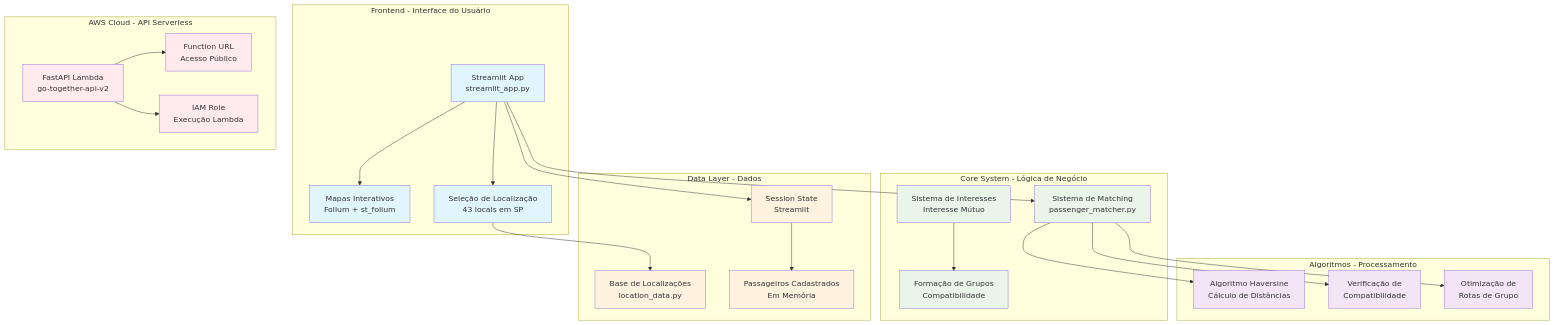
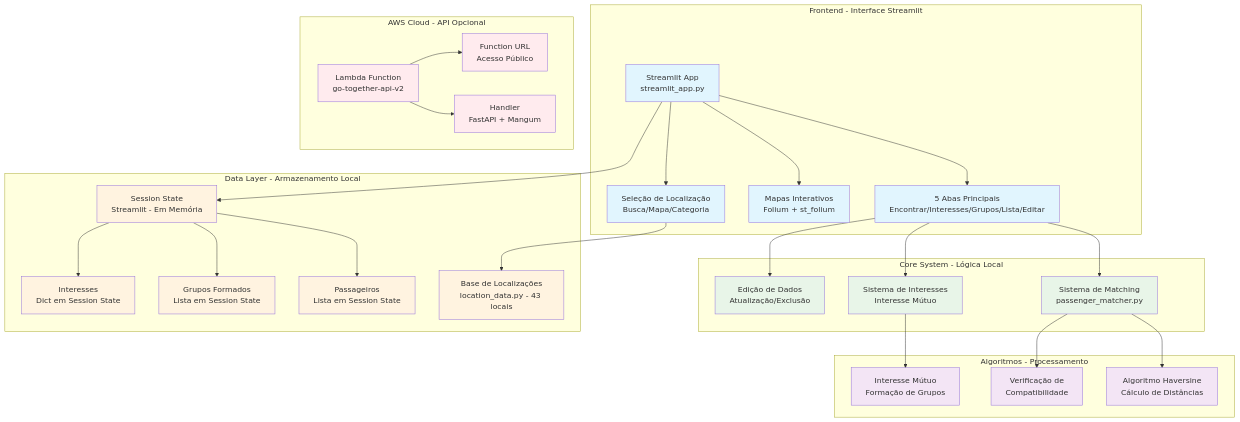
One commit to cauepda/go-together changed the diagram in README.md. Above: the diagram before and after it, drawn with Mermaid. The commit also changed other lines of this file, not shown here.

````diff
--- a/README.md
+++ b/README.md
@@ -37,57 +37,64 @@
 ```mermaid
 graph TB
-    subgraph "Frontend - Interface do Usuário"
+    subgraph "Frontend - Interface Streamlit"
         ST[Streamlit App<br/>streamlit_app.py]
+        TABS[5 Abas Principais<br/>Encontrar/Interesses/Grupos/Lista/Editar]
         MAP[Mapas Interativos<br/>Folium + st_folium]
-        LOC[Seleção de Localização<br/>43 locais em SP]
+        LOC[Seleção de Localização<br/>Busca/Mapa/Categoria]
     end
     
-    subgraph "Core System - Lógica de Negócio"
+    subgraph "Core System - Lógica Local"
         MATCH[Sistema de Matching<br/>passenger_matcher.py]
         INT[Sistema de Interesses<br/>Interesse Mútuo]
-        GRP[Formação de Grupos<br/>Compatibilidade]
+        EDIT[Edição de Dados<br/>Atualização/Exclusão]
     end
     
-    subgraph "Data Layer - Dados"
-        LOCDATA[Base de Localizações<br/>location_data.py]
-        STATE[Session State<br/>Streamlit]
-        PASS[Passageiros Cadastrados<br/>Em Memória]
+    subgraph "Data Layer - Armazenamento Local"
+        LOCDATA[Base de Localizações<br/>location_data.py - 43 locais]
+        STATE[Session State<br/>Streamlit - Em Memória]
+        PASS[Passageiros<br/>Lista em Session State]
+        GROUPS[Grupos Formados<br/>Lista em Session State]
+        INTERESTS[Interesses<br/>Dict em Session State]
     end
     
-    subgraph "AWS Cloud - API Serverless"
-        API[FastAPI Lambda<br/>go-together-api-v2]
+    subgraph "AWS Cloud - API Opcional"
+        LAMBDA[Lambda Function<br/>go-together-api-v2]
         URL[Function URL<br/>Acesso Público]
-        IAM[IAM Role<br/>Execução Lambda]
+        HANDLER[Handler<br/>FastAPI + Mangum]
     end
     
     subgraph "Algoritmos - Processamento"
         HAV[Algoritmo Haversine<br/>Cálculo de Distâncias]
         COMPAT[Verificação de<br/>Compatibilidade]
-        ROUTE[Otimização de<br/>Rotas de Grupo]
+        MUTUAL[Interesse Mútuo<br/>Formação de Grupos]
     end
     
-    ST --> MATCH
+    ST --> TABS
     ST --> MAP
     ST --> LOC
+    TABS --> MATCH
+    TABS --> INT
+    TABS --> EDIT
     MATCH --> HAV
     MATCH --> COMPAT
-    MATCH --> ROUTE
-    INT --> GRP
+    INT --> MUTUAL
     ST --> STATE
     STATE --> PASS
+    STATE --> GROUPS
+    STATE --> INTERESTS
     LOC --> LOCDATA
-    API --> URL
-    API --> IAM
+    LAMBDA --> URL
+    LAMBDA --> HANDLER
     
     classDef frontend fill:#e1f5fe
     classDef core fill:#e8f5e8
     classDef data fill:#fff3e0
     classDef aws fill:#ffebee
     classDef algo fill:#f3e5f5
     
-    class ST,MAP,LOC frontend
-    class MATCH,INT,GRP core
-    class LOCDATA,STATE,PASS data
-    class API,URL,IAM aws
-    class HAV,COMPAT,ROUTE algo
+    class ST,TABS,MAP,LOC frontend
+    class MATCH,INT,EDIT core
+    class LOCDATA,STATE,PASS,GROUPS,INTERESTS data
+    class LAMBDA,URL,HANDLER aws
+    class HAV,COMPAT,MUTUAL algo
 ```
````
